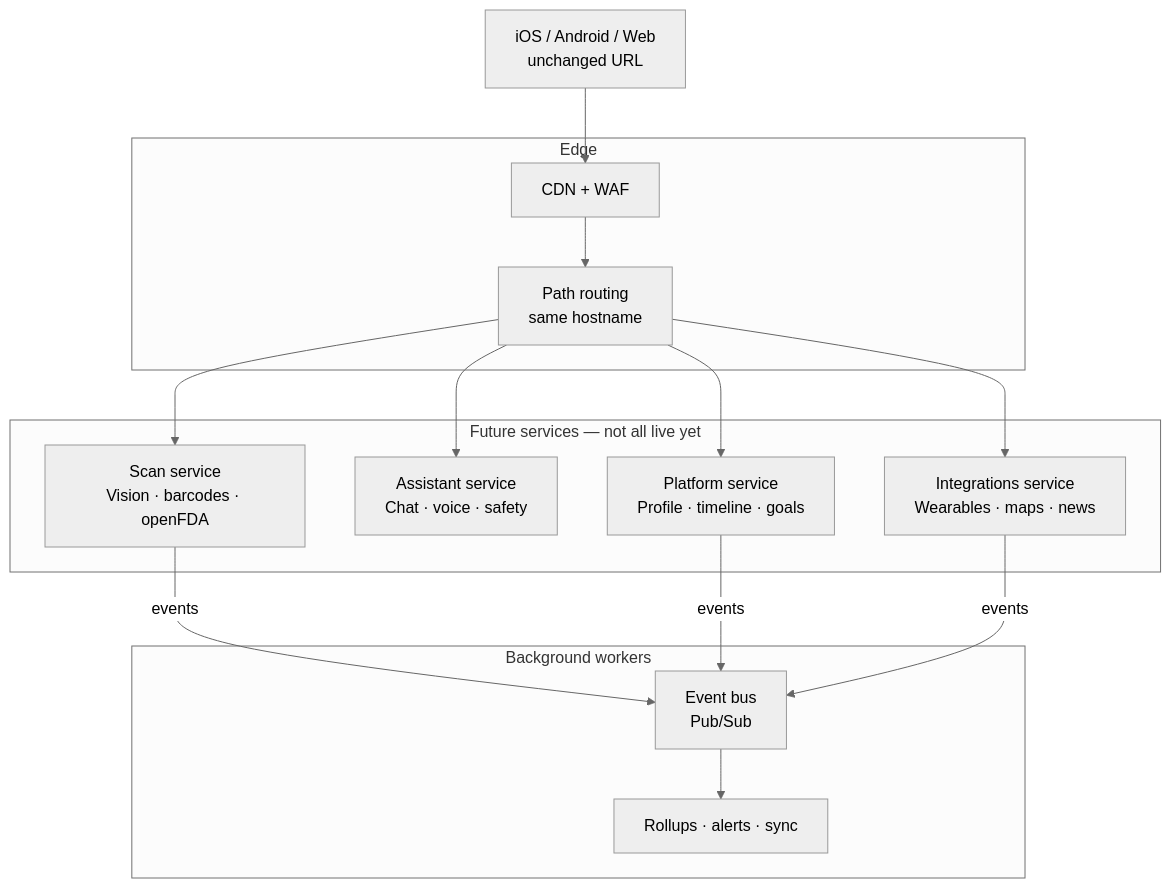
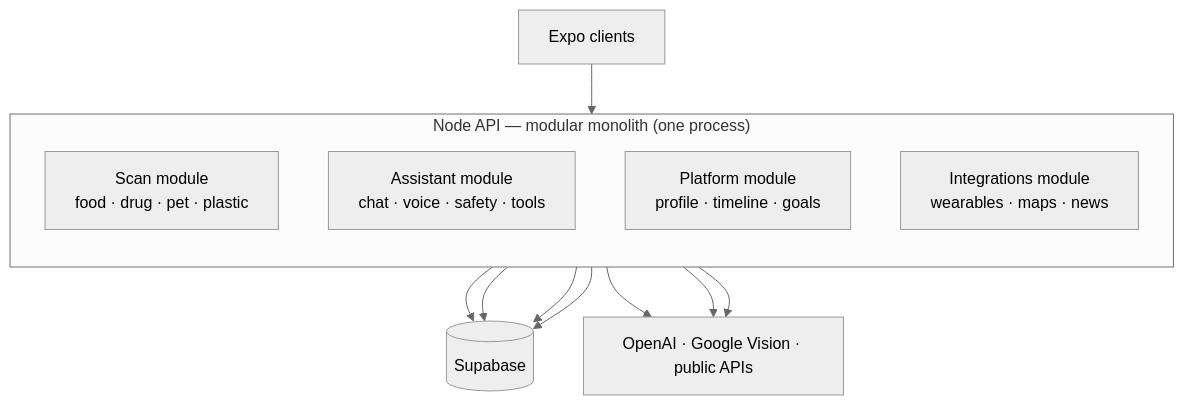
The second of 6 diagrams in docs/architecture-reference.md (wewesemsem/scanandfind-lab), drawn with Mermaid (neutral theme) before and after one commit. The commit also changed other lines of this file and 2 other files, not shown here.

````diff
--- a/docs/architecture-reference.md
+++ b/docs/architecture-reference.md
@@ -148,25 +46,19 @@
 ```mermaid
 flowchart TB
-  App[iOS / Android / Web<br/>unchanged URL]
+  Client[Expo clients]
 
-  subgraph edge [Edge]
-    CDN[CDN + WAF]
-    GW[Path routing<br/>same hostname]
+  subgraph API["Node API — modular monolith (one process)"]
+    direction TB
+    Scan[Scan module<br/>food · drug · pet · plastic]
+    Asst[Assistant module<br/>chat · voice · safety · tools]
+    Plat[Platform module<br/>profile · timeline · goals]
+    Int[Integrations module<br/>wearables · maps · news]
   end
 
-  subgraph services [Future services — not all live yet]
-    Scan[Scan service<br/>Vision · barcodes · openFDA]
-    Asst[Assistant service<br/>Chat · voice · safety]
-    Plat[Platform service<br/>Profile · timeline · goals]
-    Int[Integrations service<br/>Wearables · maps · news]
-  end
+  SB[(Supabase)]
+  Ext[OpenAI · Google Vision · public APIs]
 
-  subgraph async [Background workers]
-    Q[Event bus<br/>Pub/Sub]
-    W[Rollups · alerts · sync]
-  end
-
-  App --> CDN --> GW
-  GW --> Scan & Asst & Plat & Int
-  Scan & Plat & Int -->|events| Q --> W
+  Client --> API
+  Scan & Asst & Plat & Int --> SB
+  Scan & Asst & Int --> Ext
 ```
````
